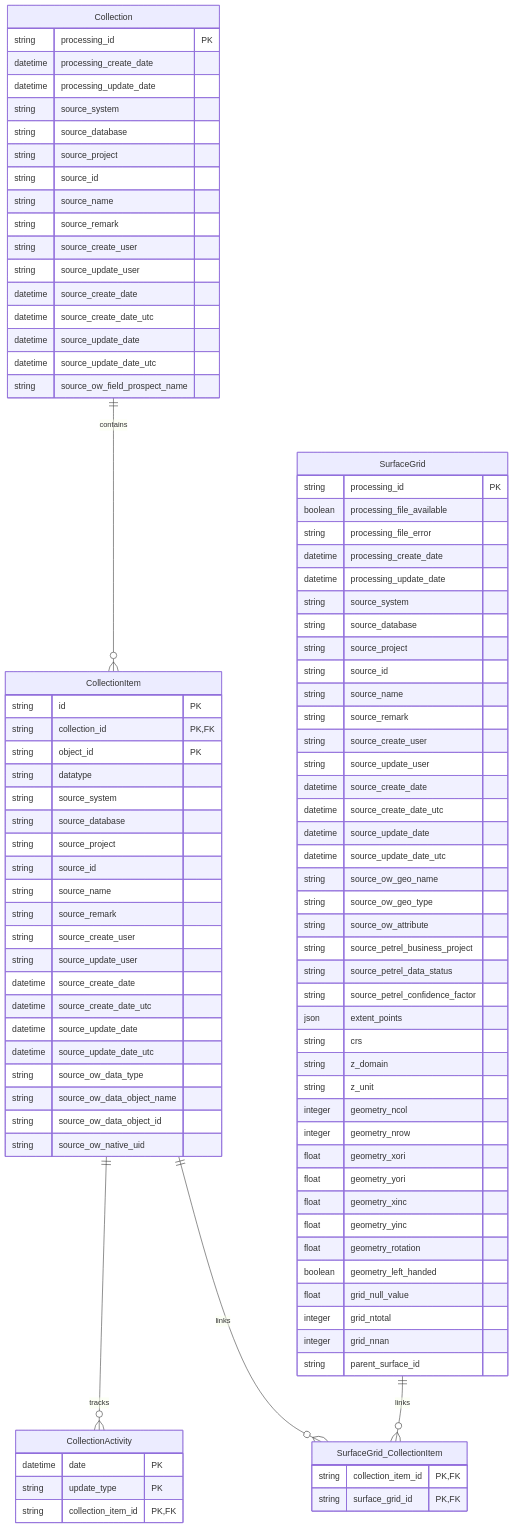
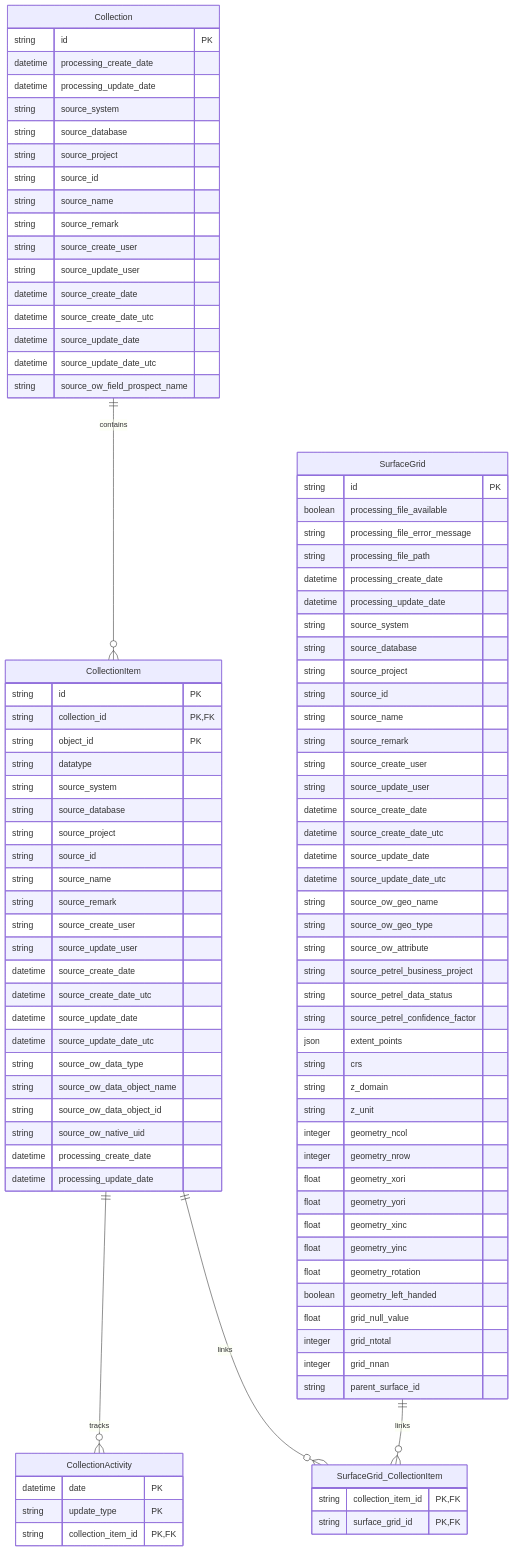
The diagram in docs/database_model.md (equinor/interpretation-models), drawn with Mermaid before and after one commit.

Commit message:
fix drifted attributes in diagram

````diff
--- a/docs/database_model.md
+++ b/docs/database_model.md
@@ -1,9 +1,10 @@
 ```mermaid
 erDiagram
     SurfaceGrid {
-        string processing_id PK
+        string id PK
         boolean processing_file_available
-        string processing_file_error
+        string processing_file_error_message
+        string processing_file_path
         datetime processing_create_date
         datetime processing_update_date
         string source_system
@@ -43,7 +44,7 @@
     }
 
     Collection {
-        string processing_id PK
+        string id PK
         datetime processing_create_date
         datetime processing_update_date
         string source_system
@@ -82,6 +83,8 @@
         string source_ow_data_object_name
         string source_ow_data_object_id
         string source_ow_native_uid
+        datetime processing_create_date
+        datetime processing_update_date
     }
 
     CollectionActivity {
````
